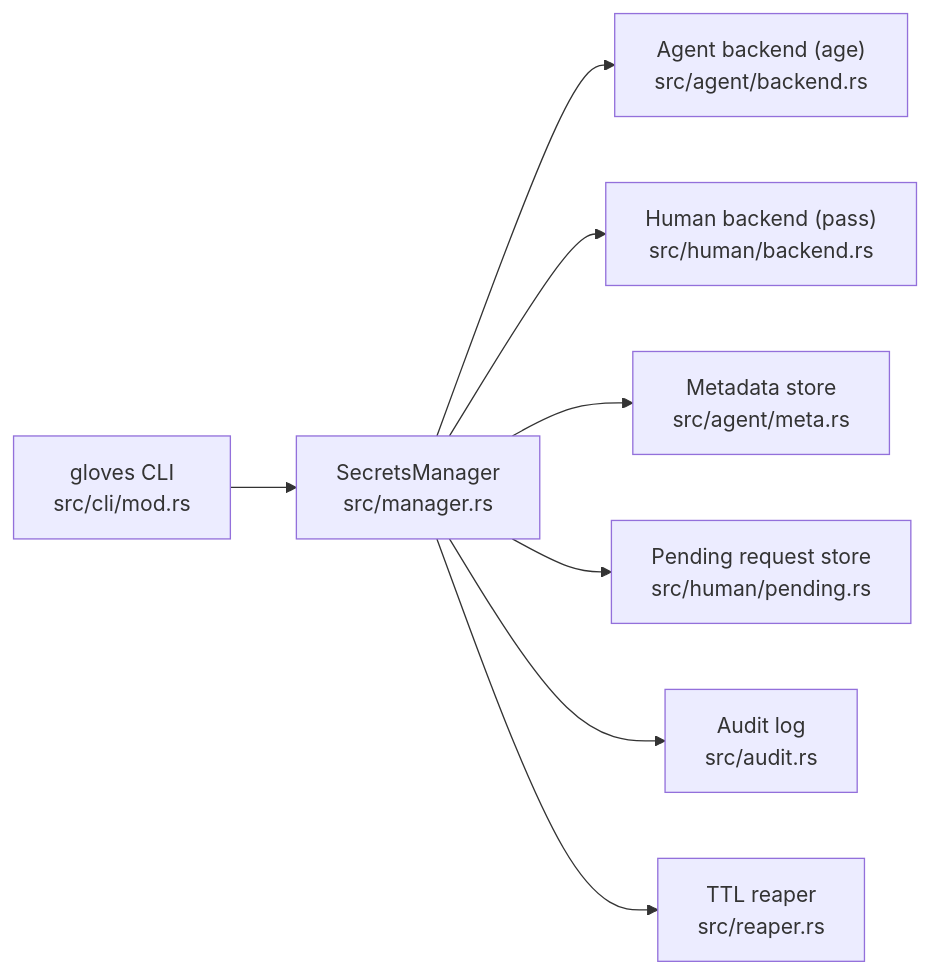
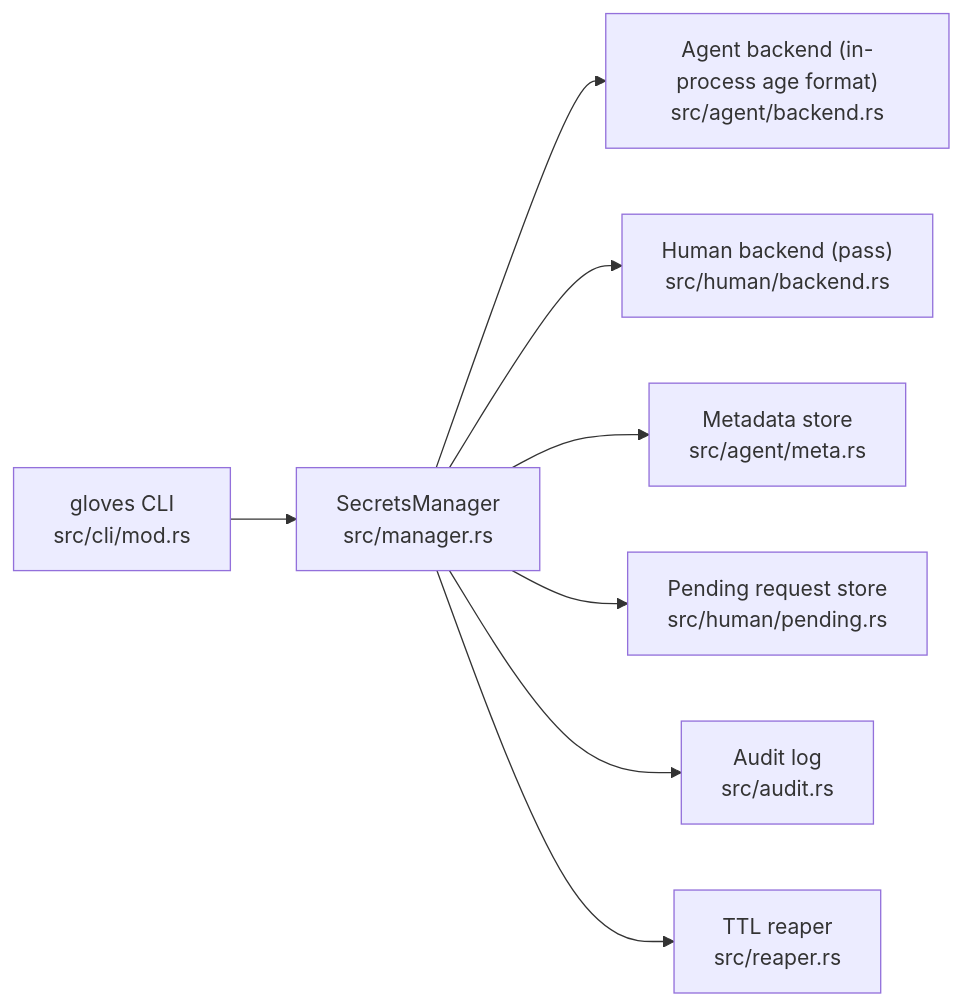
One commit to heyAyushh/gloves changed the first of 2 diagrams in README.md. Above: the diagram before and after it, drawn with Mermaid. The commit also changed other lines of this file and 19 other files, not shown here.

First line of the commit message:
refactor: migrate agent crypto to in-process age

````diff
--- a/README.md
+++ b/README.md
@@ -279,10 +300,10 @@
 ```mermaid
 flowchart LR
     CLI["gloves CLI\nsrc/cli/mod.rs"] --> Router["SecretsManager\nsrc/manager.rs"]
-    Router --> Agent["Agent backend (age)\nsrc/agent/backend.rs"]
+    Router --> Agent["Agent backend (in-process age format)\nsrc/agent/backend.rs"]
     Router --> Human["Human backend (pass)\nsrc/human/backend.rs"]
     Router --> Meta["Metadata store\nsrc/agent/meta.rs"]
     Router --> Pending["Pending request store\nsrc/human/pending.rs"]
     Router --> Audit["Audit log\nsrc/audit.rs"]
     Router --> Reaper["TTL reaper\nsrc/reaper.rs"]
 ```
````
